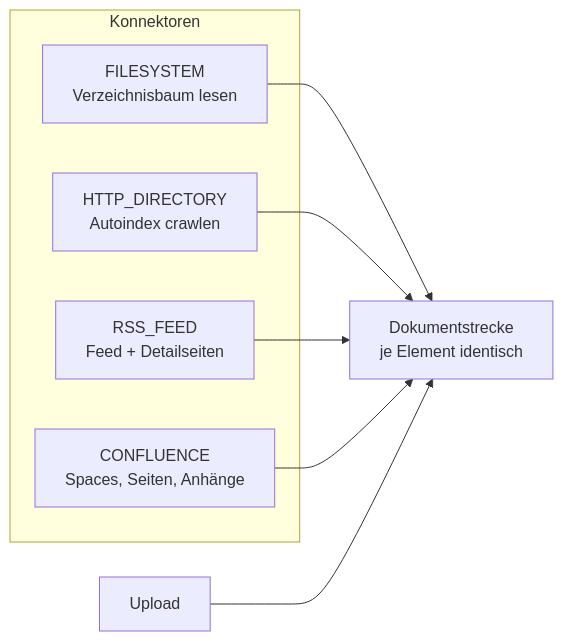
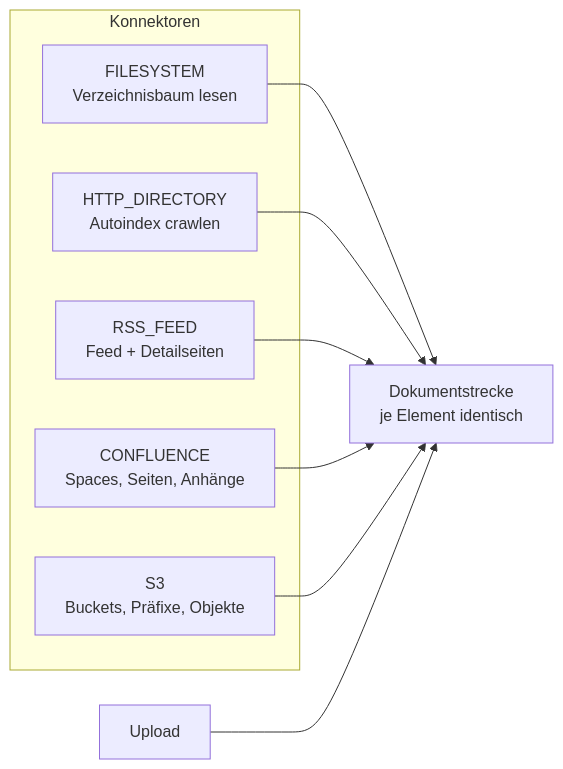
One commit to criew/opaa changed the fourth of 7 diagrams in docs/handbuch/indexierung.md. Above: the diagram before and after it, drawn with Mermaid. The commit also changed other lines of this file and 21 other files, not shown here.

````diff
--- a/docs/handbuch/indexierung.md
+++ b/docs/handbuch/indexierung.md
@@ -211,15 +212,17 @@
 ```mermaid
 flowchart LR
     subgraph Konnektoren
         F[FILESYSTEM<br/>Verzeichnisbaum lesen]
         H[HTTP_DIRECTORY<br/>Autoindex crawlen]
         R[RSS_FEED<br/>Feed + Detailseiten]
         C[CONFLUENCE<br/>Spaces, Seiten, Anhänge]
+        S[S3<br/>Buckets, Präfixe, Objekte]
     end
     F --> DS
     H --> DS
     R --> DS
     C --> DS
+    S --> DS
     U[Upload] --> DS
     DS[Dokumentstrecke<br/>je Element identisch]
 ```
````
